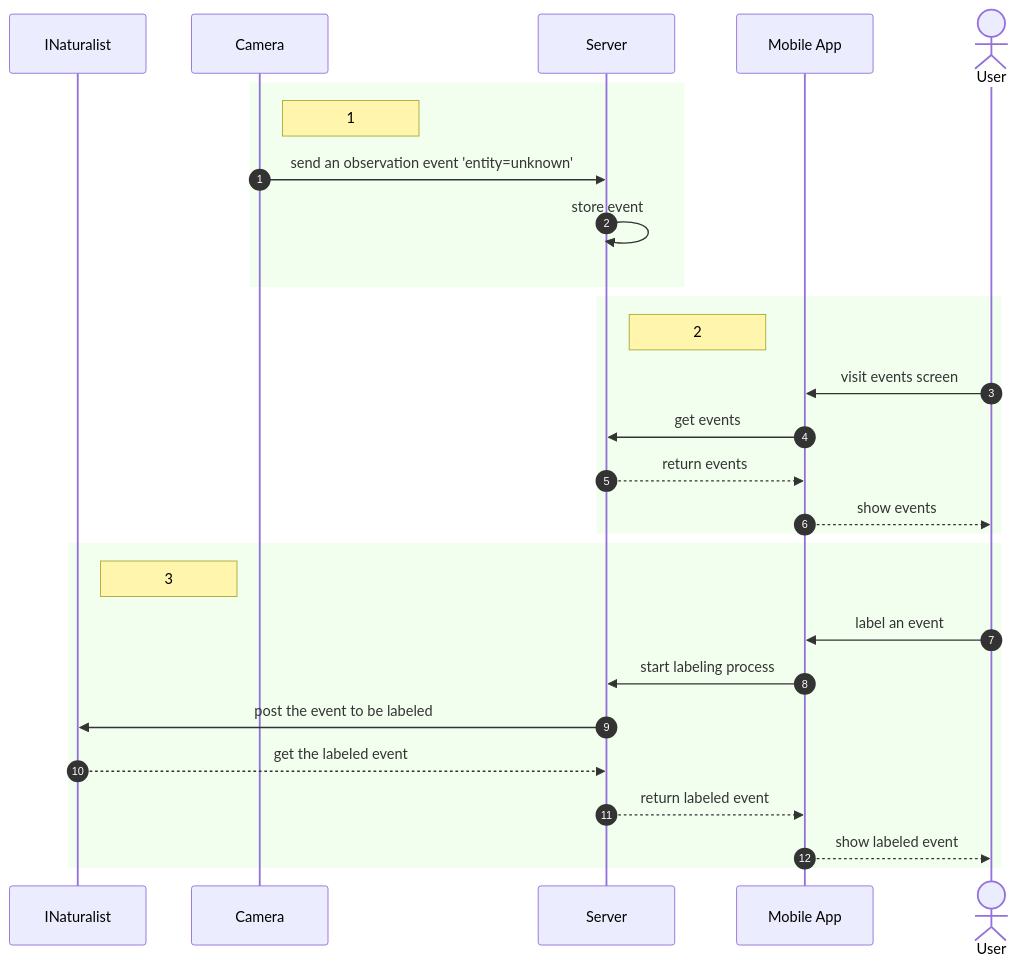
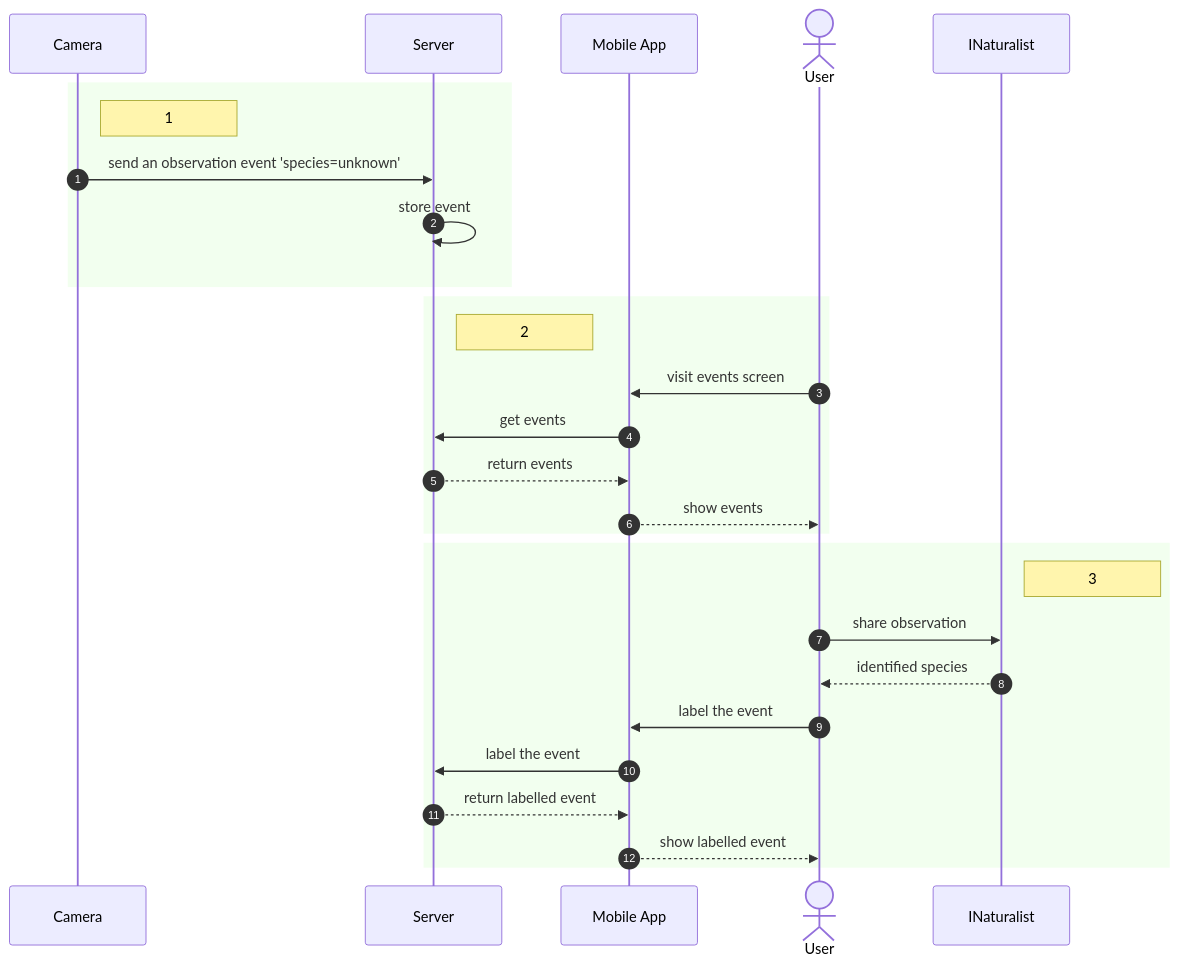
One commit to dscherbak/rapid-response-katas changed the third of 3 diagrams in README.md. Above: the diagram before and after it, drawn with Mermaid. The commit also changed other lines of this file, not shown here.

````diff
--- a/README.md
+++ b/README.md
@@ -238,33 +238,34 @@
 ```mermaid
 sequenceDiagram
-  participant nat as INaturalist
+ 
   participant cam as Camera
   participant serv as Server
   participant ui as Mobile App
   actor u as User
+  participant nat as INaturalist
   autonumber
 
   rect rgba(128, 255, 100, 0.1)
     note right of cam: 1
-    cam ->> serv: send an observation event 'entity=unknown'
+    cam ->> serv: send an observation event 'species=unknown'
     serv ->> serv: store event
   end
 
   rect rgba(128, 255, 100, 0.1)
     note right of serv: 2
     u ->> ui: visit events screen
     ui ->> serv: get events
     serv -->> ui: return events
     ui -->> u: show events
   end
 
   rect rgba(128, 255, 100, 0.1)
     note right of nat: 3
-    u ->> ui: label an event
-    ui ->> serv: start labeling process
-    serv ->> nat: post the event to be labeled
-    nat -->> serv: get the labeled event
-    serv -->> ui: return labeled event
-    ui -->> u: show labeled event
+    u ->> nat: share observation
+    nat -->> u: identified species
+    u ->> ui: label the event
+    ui ->> serv: label the event
+    serv -->> ui: return labelled event
+    ui -->> u: show labelled event
   end
 ```
````
